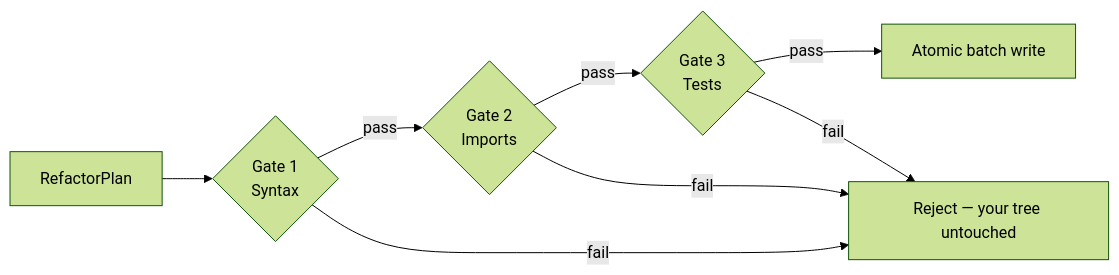
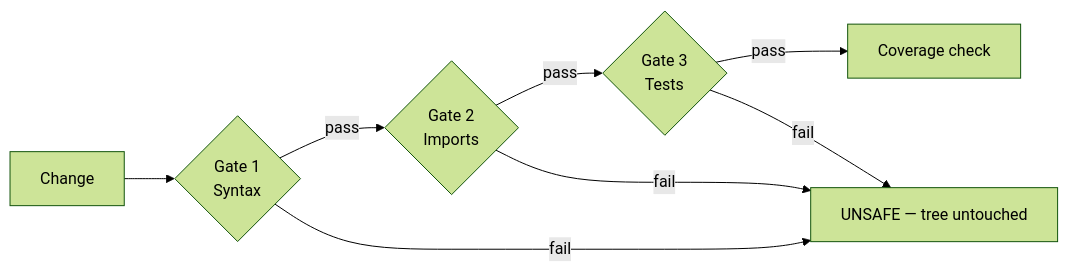
The diagram in docs/concepts/safety-model.mdx (Refactron-ai/Refactron_Lib_TS), drawn with Mermaid (forest theme) before and after one commit. The commit also changed other lines of this file and 1 other file, not shown here.

````diff
--- a/docs/concepts/safety-model.mdx
+++ b/docs/concepts/safety-model.mdx
@@ -13,10 +26,10 @@
 ```mermaid
 flowchart LR
-  Plan[RefactorPlan] --> G1{Gate 1<br/>Syntax}
+  Plan[Change] --> G1{Gate 1<br/>Syntax}
   G1 -- pass --> G2{Gate 2<br/>Imports}
   G2 -- pass --> G3{Gate 3<br/>Tests}
-  G3 -- pass --> AW[Atomic batch write]
-  G1 -- fail --> Reject[Reject — your tree untouched]
+  G3 -- pass --> COV[Coverage check]
+  G1 -- fail --> Reject[UNSAFE — tree untouched]
   G2 -- fail --> Reject
   G3 -- fail --> Reject
 ```
````
